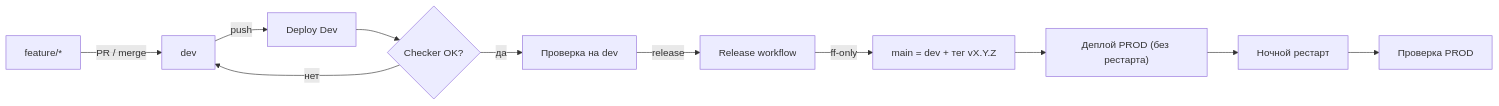
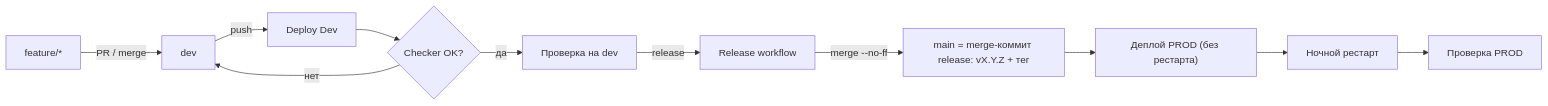
Before and after one commit to sednith/MinequestServerSource: the first of 2 diagrams in README.md, drawn with Mermaid. The commit also changed other lines of this file and 1 other file, not shown here.

Commit message:
ci: добавлен merge-commit при релизе (dev -> main) [no-changelog]

````diff
--- a/README.md
+++ b/README.md
@@ -610,13 +613,13 @@
 ```mermaid
 flowchart LR
     A["feature/*"] -->|"PR / merge"| B["dev"]
     B -->|"push"| C["Deploy Dev"]
     C --> D{"Checker OK?"}
     D -->|"нет"| B
     D -->|"да"| E["Проверка на dev"]
     E -->|"release"| F["Release workflow"]
-    F -->|"ff-only"| G["main = dev + тег vX.Y.Z"]
+    F -->|"merge --no-ff"| G["main = merge-коммит release: vX.Y.Z + тег"]
     G --> H["Деплой PROD (без рестарта)"]
     H --> I["Ночной рестарт"]
     I --> J["Проверка PROD"]
 ```
````
